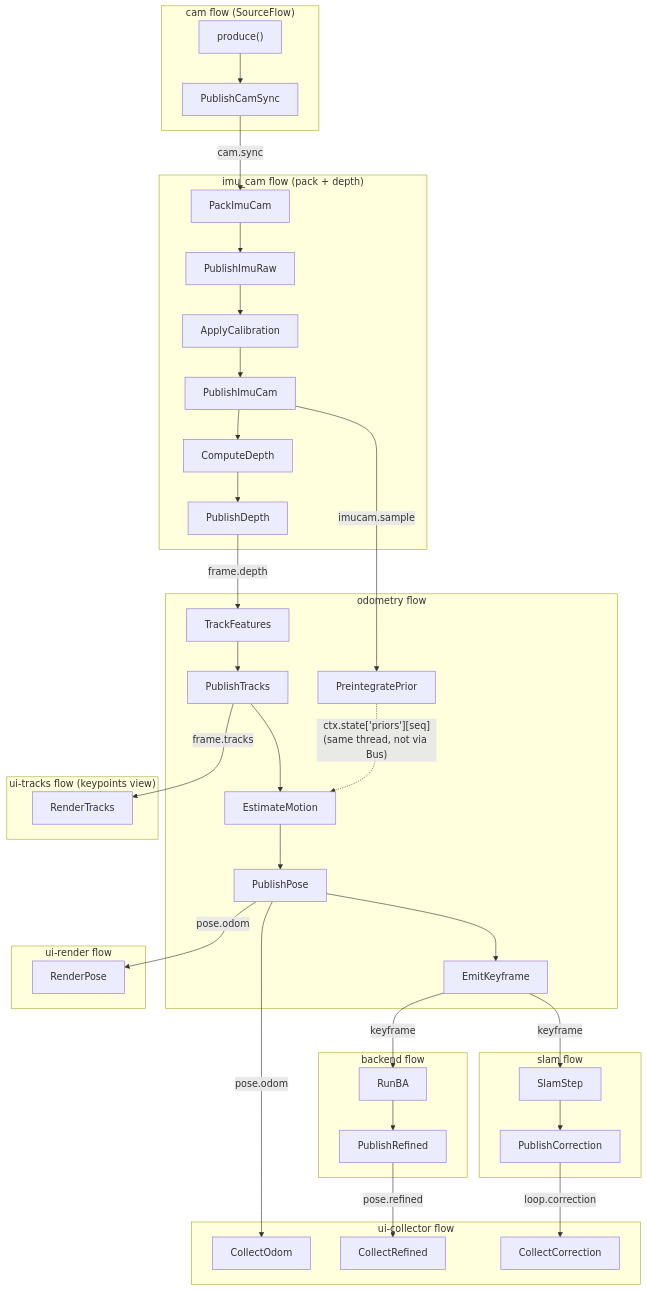
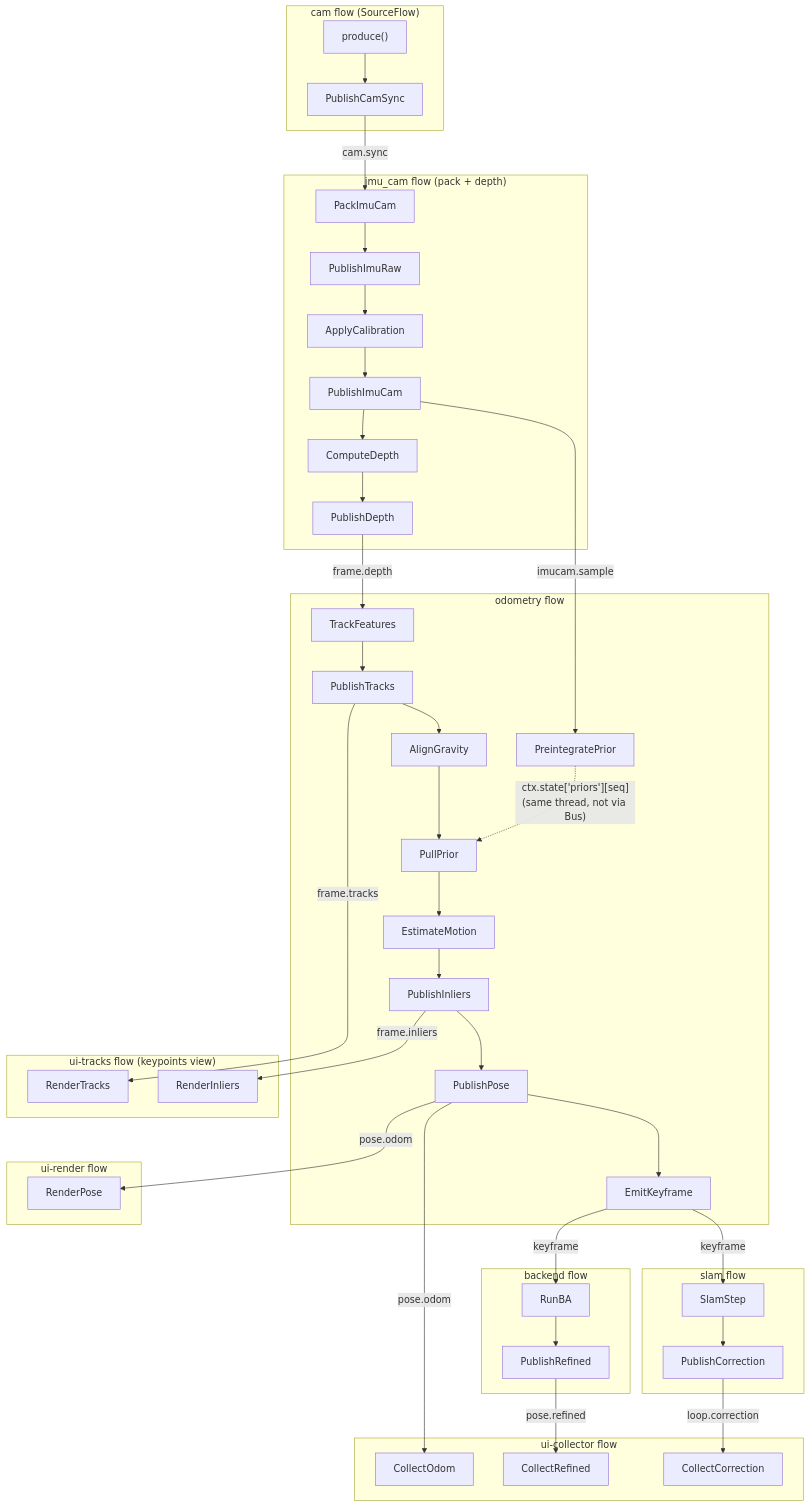
One commit to hqbao/flight-vio changed the diagram in ours/ARCHITECTURE.md. Above: the diagram before and after it, drawn with Mermaid. The commit also changed other lines of this file and 11 other files, not shown here.

````diff
--- a/ours/ARCHITECTURE.md
+++ b/ours/ARCHITECTURE.md
@@ -154,43 +158,45 @@
 ```mermaid
 flowchart TD
     subgraph CAM["cam flow (SourceFlow)"]
         PRODC["produce()"] --> PCS["PublishCamSync"]
     end
     subgraph IMU["imu_cam flow (pack + depth)"]
         PIC["PackImuCam"] --> PIR["PublishImuRaw"] --> AC["ApplyCalibration"] --> PICAM["PublishImuCam"] --> CD["ComputeDepth"] --> PD["PublishDepth"]
     end
     subgraph ODO["odometry flow"]
         PIP["PreintegratePrior"]
-        TF["TrackFeatures"] --> PT["PublishTracks"] --> PV["EstimateMotion"] --> PP["PublishPose"] --> EK["EmitKeyframe"]
+        TF["TrackFeatures"] --> PT["PublishTracks"] --> AG["AlignGravity"] --> PL["PullPrior"] --> PV["EstimateMotion"] --> PI["PublishInliers"] --> PP["PublishPose"] --> EK["EmitKeyframe"]
     end
     subgraph BCK["backend flow"]
         RB["RunBA"] --> PR["PublishRefined"]
     end
     subgraph SLM["slam flow"]
         SS["SlamStep"] --> PC2["PublishCorrection"]
     end
     subgraph UIC["ui-collector flow"]
         COd["CollectOdom"]
         CRf["CollectRefined"]
         CCo["CollectCorrection"]
     end
     subgraph UIR["ui-render flow"]
         RP["RenderPose"]
     end
     subgraph UITR["ui-tracks flow (keypoints view)"]
         RT["RenderTracks"]
+        RI["RenderInliers"]
     end
 
     PCS -- "cam.sync" --> PIC
     PICAM -- "imucam.sample" --> PIP
     PD -- "frame.depth" --> TF
     PP -- "pose.odom" --> COd
     PP -- "pose.odom" --> RP
     PT -- "frame.tracks" --> RT
+    PI -- "frame.inliers" --> RI
     EK -- "keyframe" --> RB
     EK -- "keyframe" --> SS
     PR -- "pose.refined" --> CRf
     PC2 -- "loop.correction" --> CCo
 
-    PIP -. "ctx.state['priors'][seq]\n(same thread, not via Bus)" .-> PV
+    PIP -. "ctx.state['priors'][seq]\n(same thread, not via Bus)" .-> PL
 ```
````
